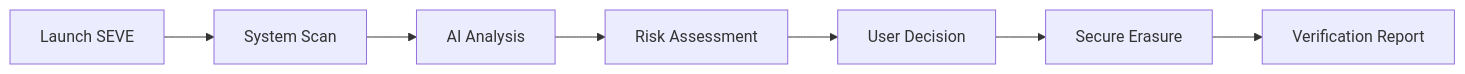
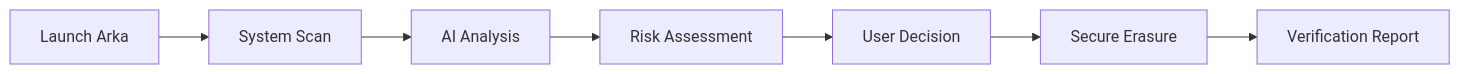
One commit to atharvachaudhari1/arkaa changed the diagram in README.md. Above: the diagram before and after it, drawn with Mermaid. The commit also changed other lines of this file and 1426 other files, not shown here.

Commit message:
Rename project from SEVE to Arka and restructure

````diff
--- a/README.md
+++ b/README.md
@@ -100,9 +100,9 @@
 ```mermaid
 graph LR
-    A[Launch SEVE] --> B[System Scan]
+    A[Launch Arka] --> B[System Scan]
     B --> C[AI Analysis]
     C --> D[Risk Assessment]
     D --> E[User Decision]
     E --> F[Secure Erasure]
     F --> G[Verification Report]
 ```
````
